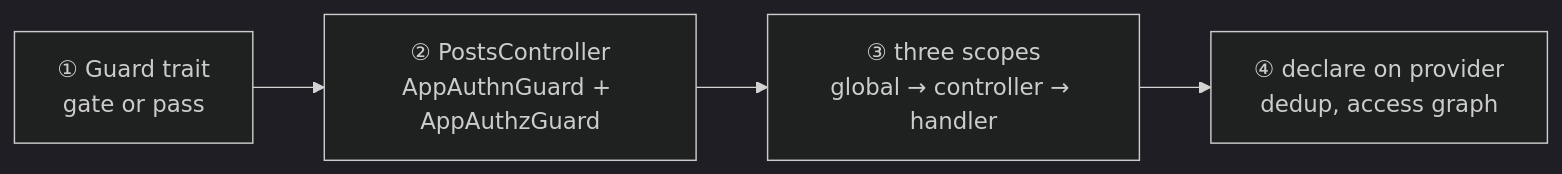
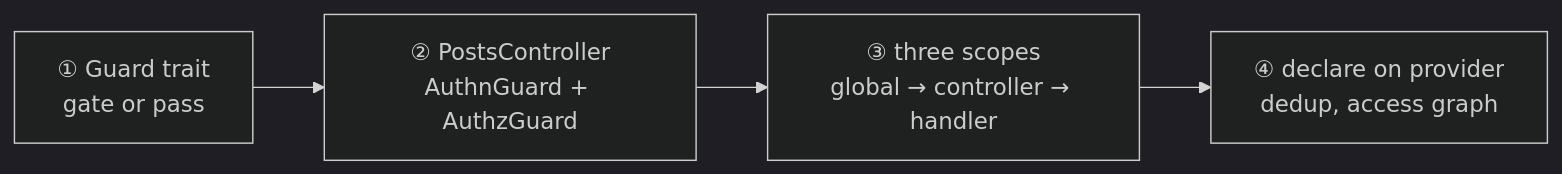
Before and after one commit to YV17labs/NestRS: the first of 4 diagrams in docs/src/content/docs/fundamentals/guards.mdx, drawn with Mermaid (dark theme). The commit also changed other lines of this file and 60 other files, not shown here.

````diff
--- a/docs/src/content/docs/fundamentals/guards.mdx
+++ b/docs/src/content/docs/fundamentals/guards.mdx
@@ -29,6 +29,6 @@
 ```mermaid
 flowchart LR
-  A["① Guard trait<br/>gate or pass"] --> B["② PostsController<br/>AppAuthnGuard + AppAuthzGuard"]
+  A["① Guard trait<br/>gate or pass"] --> B["② PostsController<br/>AuthnGuard + AuthzGuard"]
   B --> C["③ three scopes<br/>global → controller → handler"]
   C --> D["④ declare on provider<br/>dedup, access graph"]
 ```
````
